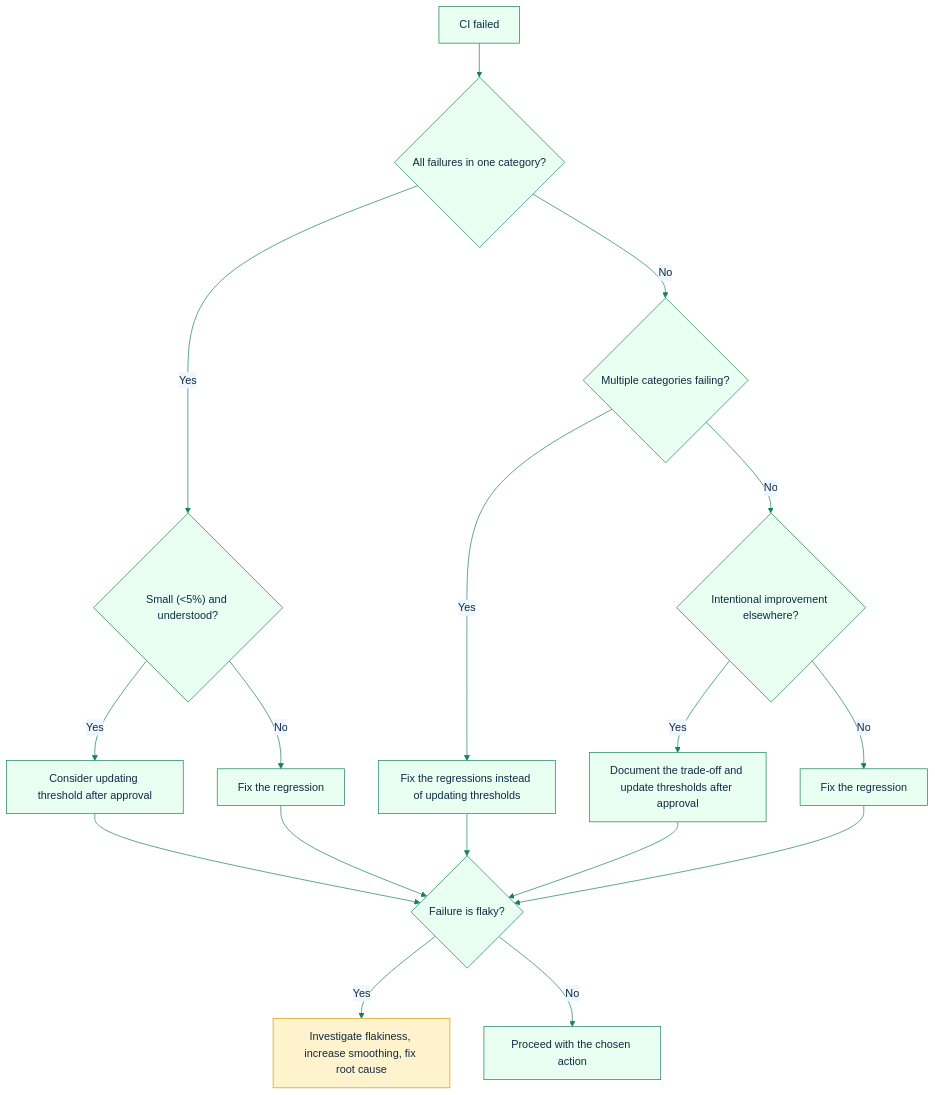
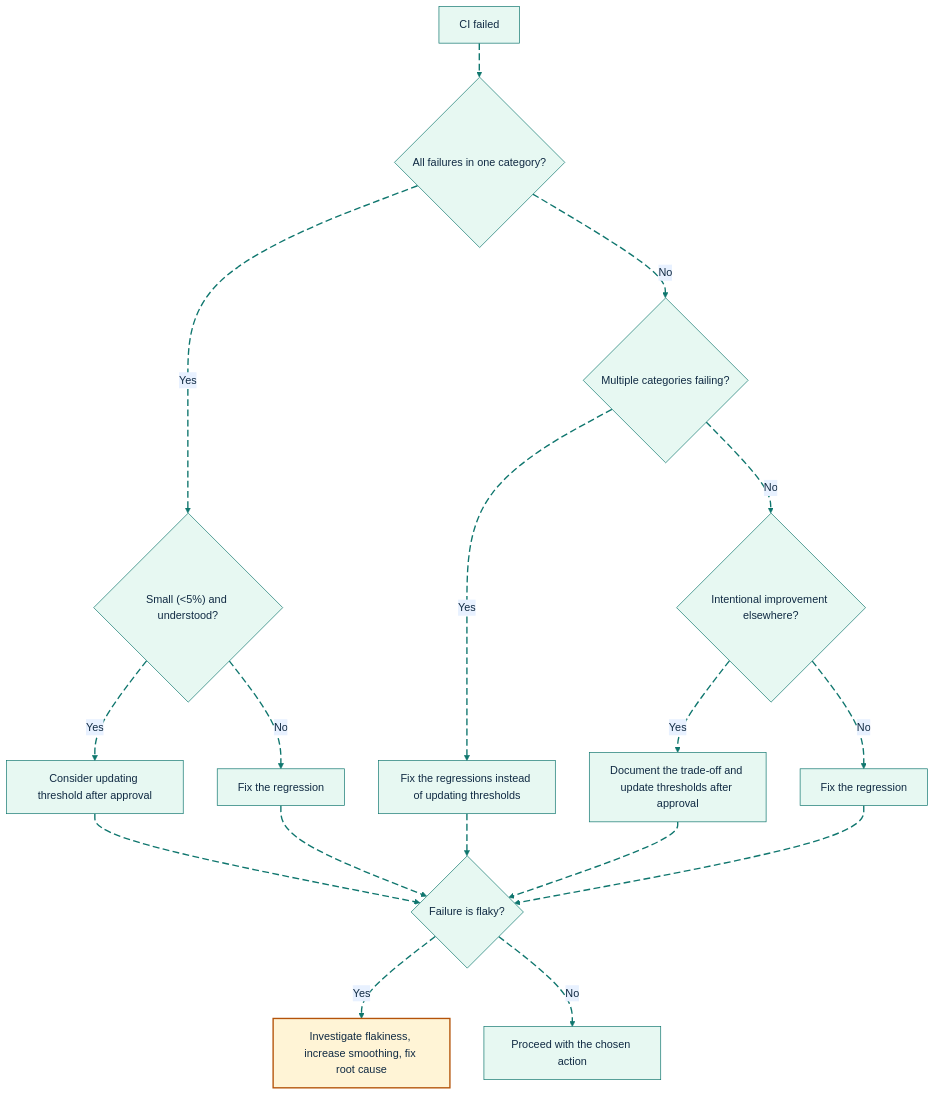
One commit to GlitterKill/sdl-mcp changed the diagram in docs/benchmark-failure-guide.md. Above: the diagram before and after it, drawn with Mermaid. The commit also changed 33 other files, not shown here.

First line of the commit message:
docs: update mermaid diagram themes and styling across documentation

````diff
--- a/docs/benchmark-failure-guide.md
+++ b/docs/benchmark-failure-guide.md
@@ -447,22 +447,31 @@
 ```mermaid
-%%{init: {"theme":"base","themeVariables":{"primaryColor":"#e8fff1","primaryBorderColor":"#157f5b","primaryTextColor":"#102a43","secondaryColor":"#eef6ff","secondaryBorderColor":"#2563eb","tertiaryColor":"#fff4d6","tertiaryBorderColor":"#b45309","lineColor":"#157f5b","fontFamily":"Trebuchet MS, Arial"},"flowchart":{"curve":"basis"}}}%%
+%%{init: {"theme":"base","themeVariables":{"background":"#ffffff","primaryColor":"#E7F8F2","primaryBorderColor":"#0F766E","primaryTextColor":"#102A43","secondaryColor":"#E8F1FF","secondaryBorderColor":"#2563EB","secondaryTextColor":"#102A43","tertiaryColor":"#FFF4D6","tertiaryBorderColor":"#B45309","tertiaryTextColor":"#102A43","lineColor":"#0F766E","textColor":"#102A43","fontFamily":"Inter, ui-sans-serif, system-ui, -apple-system, BlinkMacSystemFont, Segoe UI, sans-serif"},"flowchart":{"curve":"basis","htmlLabels":true}}}%%
 flowchart TD
-    Failed["CI failed"] --> OneCategory{"All failures in one category?"}
-    OneCategory -->|Yes| SmallKnown{"Small (<5%) and understood?"}
-    SmallKnown -->|Yes| UpdateThreshold["Consider updating threshold after approval"]
-    SmallKnown -->|No| FixRegression1["Fix the regression"]
-    OneCategory -->|No| MultiFail{"Multiple categories failing?"}
-    MultiFail -->|Yes| FixRegression2["Fix the regressions instead of updating thresholds"]
-    MultiFail -->|No| Intentional{"Intentional improvement elsewhere?"}
-    Intentional -->|Yes| Tradeoff["Document the trade-off and update thresholds after approval"]
-    Intentional -->|No| FixRegression3["Fix the regression"]
-    Tradeoff --> Flaky{"Failure is flaky?"}
-    FixRegression1 --> Flaky
-    FixRegression2 --> Flaky
-    FixRegression3 --> Flaky
-    UpdateThreshold --> Flaky
-    Flaky -->|Yes| Investigate["Investigate flakiness, increase smoothing, fix root cause"]
-    Flaky -->|No| Done["Proceed with the chosen action"]
+    Failed["CI failed"] e1@--> OneCategory{"All failures in one category?"}
+    OneCategory e2@-->|Yes| SmallKnown{"Small (<5%) and understood?"}
+    SmallKnown e3@-->|Yes| UpdateThreshold["Consider updating threshold after approval"]
+    SmallKnown e4@-->|No| FixRegression1["Fix the regression"]
+    OneCategory e5@-->|No| MultiFail{"Multiple categories failing?"}
+    MultiFail e6@-->|Yes| FixRegression2["Fix the regressions instead of updating thresholds"]
+    MultiFail e7@-->|No| Intentional{"Intentional improvement elsewhere?"}
+    Intentional e8@-->|Yes| Tradeoff["Document the trade-off and update thresholds after approval"]
+    Intentional e9@-->|No| FixRegression3["Fix the regression"]
+    Tradeoff e10@--> Flaky{"Failure is flaky?"}
+    FixRegression1 e11@--> Flaky
+    FixRegression2 e12@--> Flaky
+    FixRegression3 e13@--> Flaky
+    UpdateThreshold e14@--> Flaky
+    Flaky e15@-->|Yes| Investigate["Investigate flakiness, increase smoothing, fix root cause"]
+    Flaky e16@-->|No| Done["Proceed with the chosen action"]
 
-    style Investigate fill:#fff3cd,stroke:#d39e00
+    style Investigate fill:#FFF4D6,stroke:#B45309,stroke-width:2px,color:#102A43
+
+    classDef source fill:#E7F8F2,stroke:#0F766E,stroke-width:2px,color:#102A43;
+    classDef process fill:#E8F1FF,stroke:#2563EB,stroke-width:2px,color:#102A43;
+    classDef decision fill:#FFF4D6,stroke:#B45309,stroke-width:2px,color:#102A43;
+    classDef storage fill:#F2E8FF,stroke:#7C3AED,stroke-width:2px,color:#102A43;
+    classDef output fill:#FFE8EF,stroke:#BE123C,stroke-width:2px,color:#102A43;
+    classDef muted fill:#F8FAFC,stroke:#64748B,stroke-width:1px,color:#102A43;
+    classDef animate stroke:#0F766E,stroke-width:2px,stroke-dasharray:10\,5,stroke-dashoffset:900,animation:dash 22s linear infinite;
+    class e1,e2,e3,e4,e5,e6,e7,e8,e9,e10,e11,e12,e13,e14,e15,e16 animate;
 ```
````
